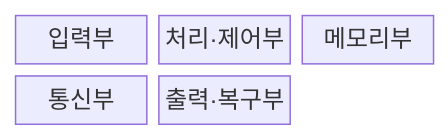
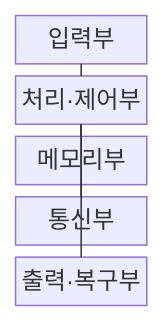
Before and after one commit to agnusdei1207/knowledge-base: the first of 2 diagrams in src/content/docs/notes/02-hardware/060_embedded_system_architecture.md, drawn with Mermaid. The commit also changed other lines of this file and 20 other files, not shown here.

````diff
--- a/src/content/docs/notes/02-hardware/060_embedded_system_architecture.md
+++ b/src/content/docs/notes/02-hardware/060_embedded_system_architecture.md
@@ -70,9 +68,13 @@
 ```mermaid
-block-beta
-  columns 3
+block
+  columns 1
   A["입력부"]
   B["처리·제어부"]
   C["메모리부"]
   D["통신부"]
   E["출력·복구부"]
+  A --- B
+  C --- B
+  B --- D
+  B --- E
 ```
````
